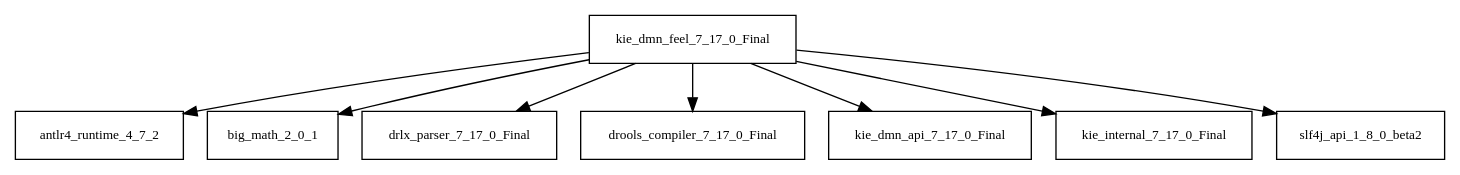
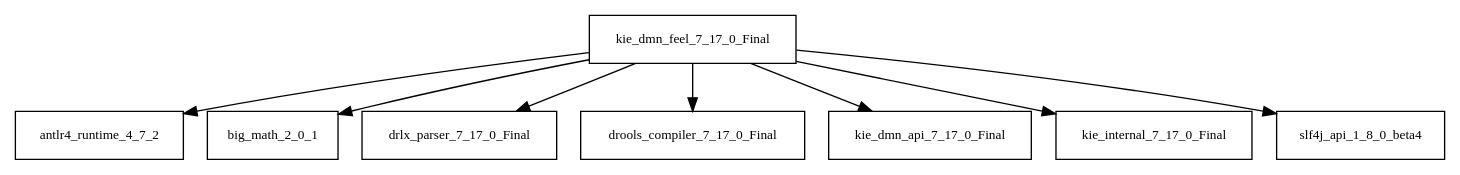
One commit to Hack23/cia changed the diagram in tattleTaleReport/graphviz/kie-dmn-feel-7.17.0.Final.jar/kie-dmn-feel-7.17.0.Final.jar.dot. Above: the diagram before and after it, drawn with Graphviz. The commit also changed 2261 other files, not shown here.

```diff
--- a/tattleTaleReport/graphviz/kie-dmn-feel-7.17.0.Final.jar/kie-dmn-feel-7.17.0.Final.jar.dot
+++ b/tattleTaleReport/graphviz/kie-dmn-feel-7.17.0.Final.jar/kie-dmn-feel-7.17.0.Final.jar.dot
@@ -1,10 +1,10 @@
 digraph kie_dmn_feel_7_17_0_Final_dependencies {
   node [shape = box, fontsize=10.0];
   kie_dmn_feel_7_17_0_Final -> antlr4_runtime_4_7_2;
   kie_dmn_feel_7_17_0_Final -> big_math_2_0_1;
   kie_dmn_feel_7_17_0_Final -> drlx_parser_7_17_0_Final;
   kie_dmn_feel_7_17_0_Final -> drools_compiler_7_17_0_Final;
   kie_dmn_feel_7_17_0_Final -> kie_dmn_api_7_17_0_Final;
   kie_dmn_feel_7_17_0_Final -> kie_internal_7_17_0_Final;
-  kie_dmn_feel_7_17_0_Final -> slf4j_api_1_8_0_beta2;
+  kie_dmn_feel_7_17_0_Final -> slf4j_api_1_8_0_beta4;
 }
```
